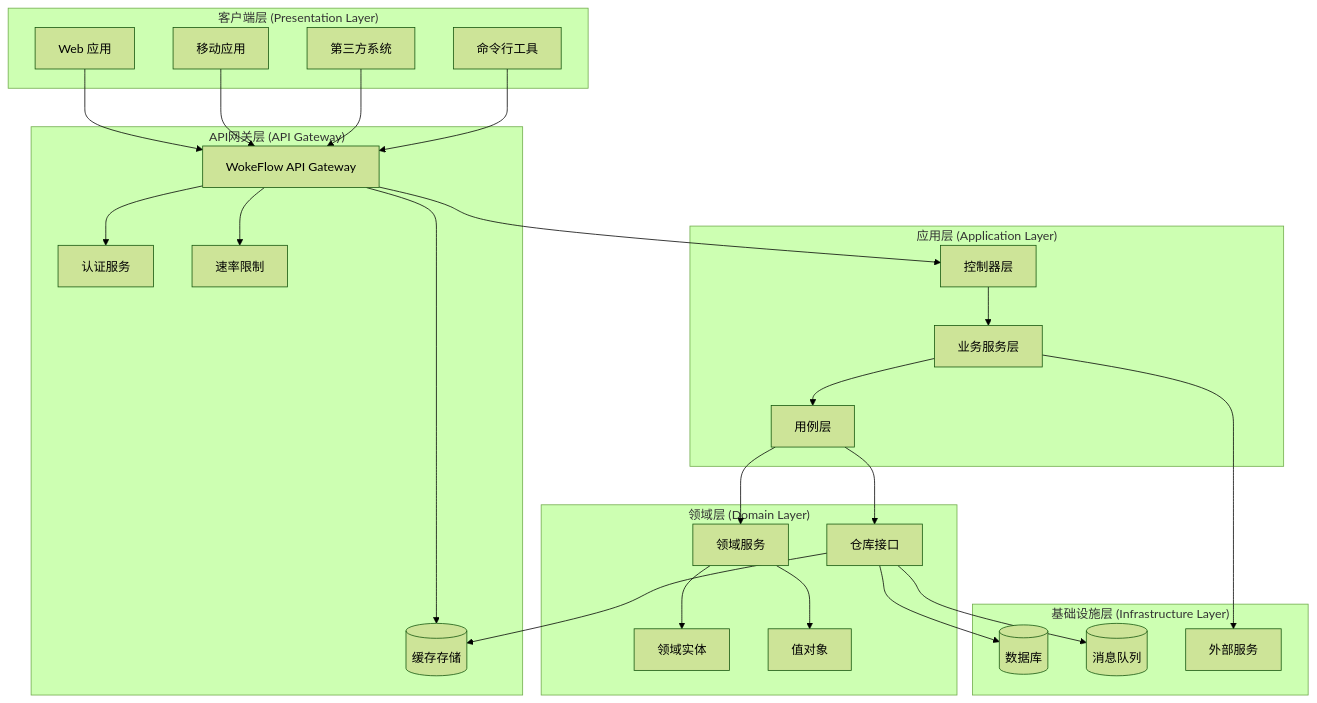
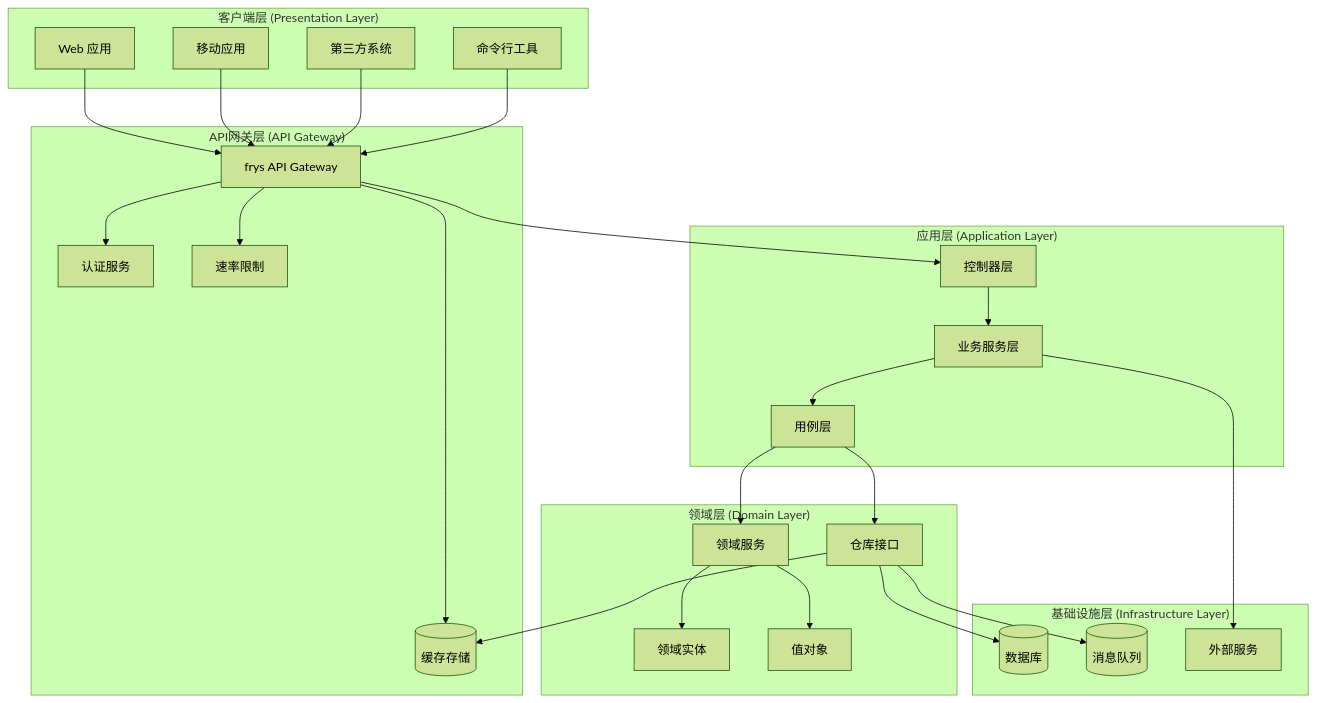
The first of 14 diagrams in docs/system-architecture.md (zycxfyh/frys), drawn with Mermaid (forest theme) before and after one commit. The commit also changed other lines of this file and 137 other files, not shown here.

````diff
--- a/docs/system-architecture.md
+++ b/docs/system-architecture.md
@@ -9,61 +9,61 @@
 ```mermaid
 graph TB
     subgraph "客户端层 (Presentation Layer)"
         WEB[Web 应用]
         MOBILE[移动应用]
         API[第三方系统]
         CLI[命令行工具]
     end
 
     subgraph "API网关层 (API Gateway)"
-        GATEWAY[WokeFlow API Gateway]
+        GATEWAY[frys API Gateway]
         AUTH[认证服务]
         RATE[速率限制]
         CACHE[缓存层]
     end
 
     subgraph "应用层 (Application Layer)"
         CONTROLLERS[控制器层]
         SERVICES[业务服务层]
         USECASES[用例层]
     end
 
     subgraph "领域层 (Domain Layer)"
         ENTITIES[领域实体]
         VALUEOBJ[值对象]
         DOMAINSVC[领域服务]
         REPO[仓库接口]
     end
 
     subgraph "基础设施层 (Infrastructure Layer)"
         DB[(数据库)]
         CACHE[(缓存存储)]
         MQ[(消息队列)]
         EXTERNAL[外部服务]
     end
 
     WEB --> GATEWAY
     MOBILE --> GATEWAY
     API --> GATEWAY
     CLI --> GATEWAY
 
     GATEWAY --> AUTH
     GATEWAY --> RATE
     GATEWAY --> CACHE
 
     GATEWAY --> CONTROLLERS
     CONTROLLERS --> SERVICES
     SERVICES --> USECASES
 
     USECASES --> DOMAINSVC
     USECASES --> REPO
 
     DOMAINSVC --> ENTITIES
     DOMAINSVC --> VALUEOBJ
 
     REPO --> DB
     REPO --> CACHE
     REPO --> MQ
 
     SERVICES --> EXTERNAL
 ```
````
